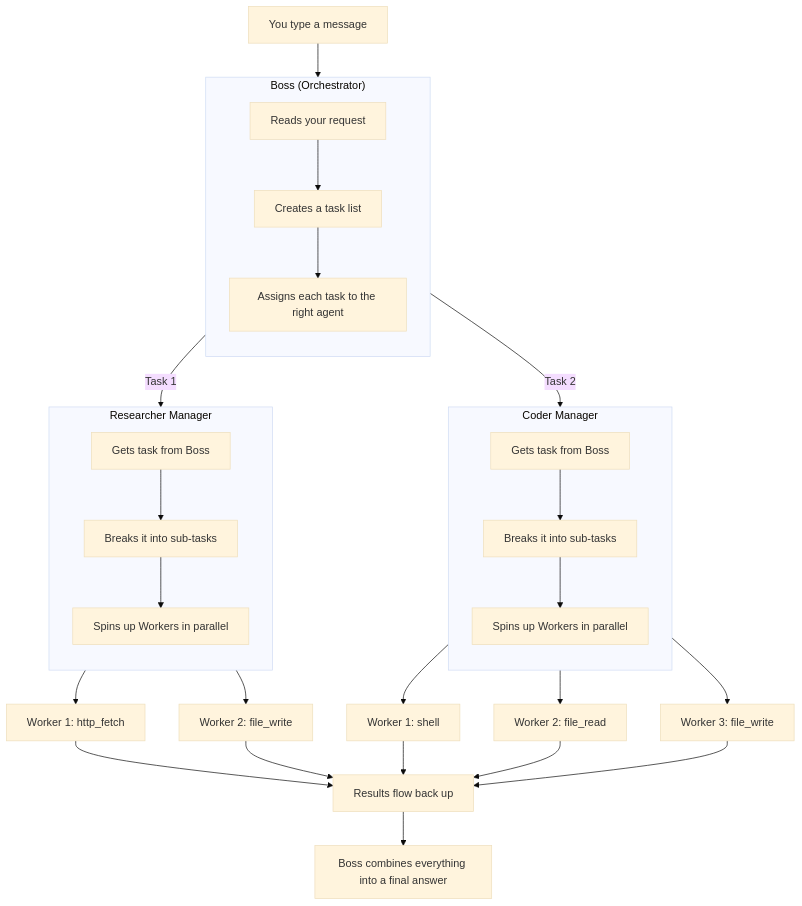
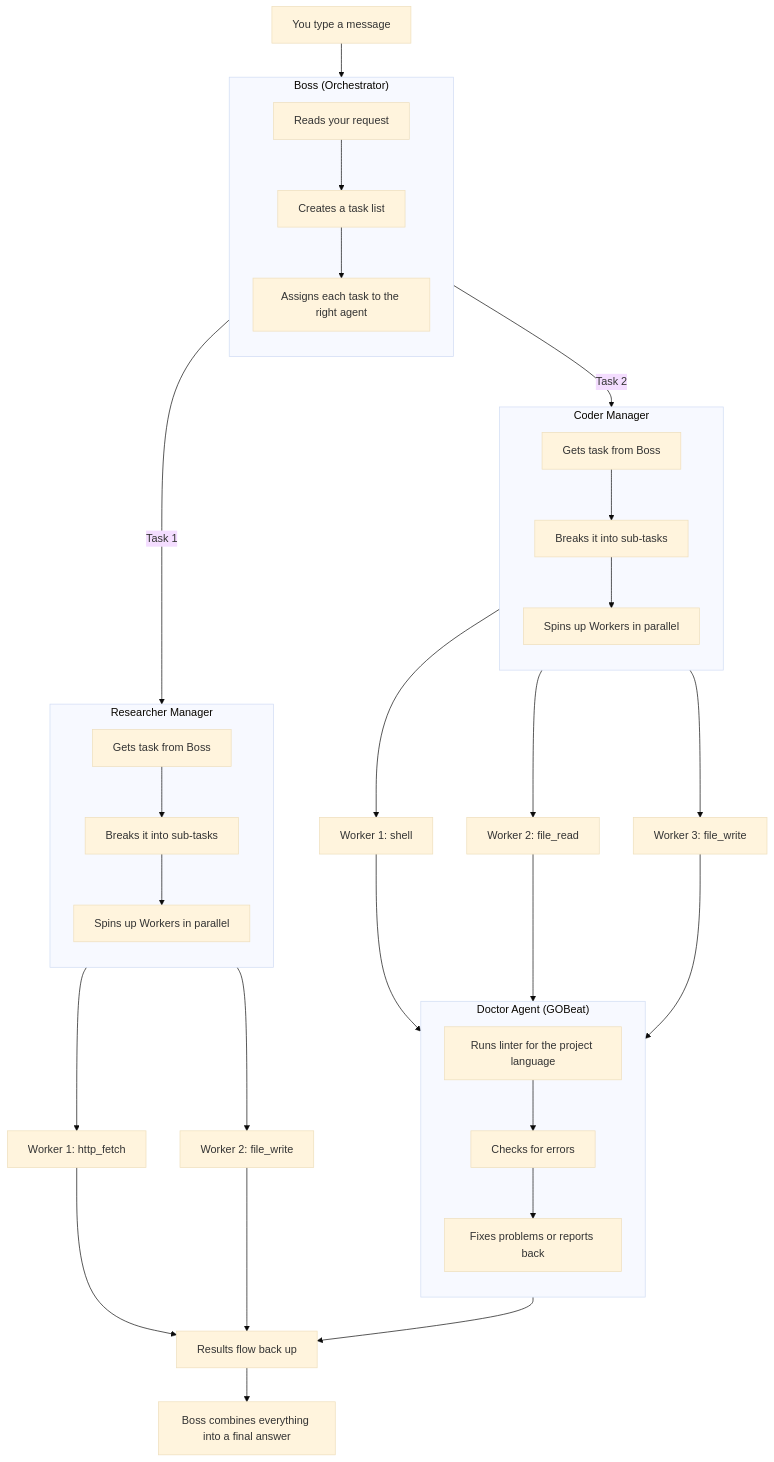
One commit to David2024patton/itak-agent changed the diagram in README.md. Above: the diagram before and after it, drawn with Mermaid (base theme).

Commit message:
Add Doctor agent to architecture diagram - linting after code output

````diff
--- a/README.md
+++ b/README.md
@@ -42,45 +42,55 @@
 ```mermaid
 flowchart TD
     User["You type a message"] --> Boss
 
     subgraph Boss["Boss (Orchestrator)"]
         direction TB
         B1["Reads your request"]
         B2["Creates a task list"]
         B3["Assigns each task to the right agent"]
         B1 --> B2 --> B3
     end
 
     Boss -- "Task 1" --> Researcher
     Boss -- "Task 2" --> Coder
 
     subgraph Researcher["Researcher Manager"]
         direction TB
         RM1["Gets task from Boss"]
         RM2["Breaks it into sub-tasks"]
         RM3["Spins up Workers in parallel"]
         RM1 --> RM2 --> RM3
     end
 
     subgraph Coder["Coder Manager"]
         direction TB
         CM1["Gets task from Boss"]
         CM2["Breaks it into sub-tasks"]
         CM3["Spins up Workers in parallel"]
         CM1 --> CM2 --> CM3
     end
 
     Researcher --> RW1["Worker 1: http_fetch"]
     Researcher --> RW2["Worker 2: file_write"]
 
     Coder --> CW1["Worker 1: shell"]
     Coder --> CW2["Worker 2: file_read"]
     Coder --> CW3["Worker 3: file_write"]
 
+    CW1 --> Doctor
+    CW2 --> Doctor
+    CW3 --> Doctor
+
+    subgraph Doctor["Doctor Agent (GOBeat)"]
+        direction TB
+        D1["Runs linter for the project language"]
+        D2["Checks for errors"]
+        D3["Fixes problems or reports back"]
+        D1 --> D2 --> D3
+    end
+
     RW1 --> Result["Results flow back up"]
     RW2 --> Result
-    CW1 --> Result
-    CW2 --> Result
-    CW3 --> Result
+    Doctor --> Result
     Result --> Answer["Boss combines everything into a final answer"]
 ```
````
